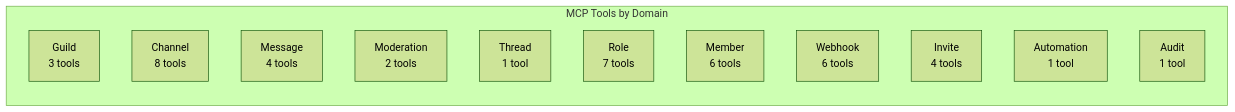
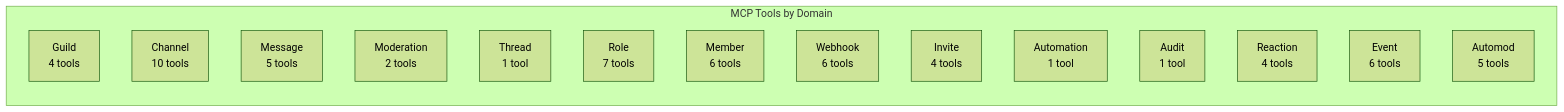
The third of 5 diagrams in README.md (Rastrian/DiscordMCP), drawn with Mermaid (forest theme) before and after one commit. The commit also changed other lines of this file and 22 other files, not shown here.

First line of the commit message:
feat(mcp): scheduled events, automod, pins, reactions and incident actions tools (#15)

````diff
--- a/README.md
+++ b/README.md
@@ -65,16 +65,19 @@
 ```mermaid
 graph LR
     subgraph "MCP Tools by Domain"
-        G["Guild<br/>3 tools"]
-        CH["Channel<br/>8 tools"]
-        MSG["Message<br/>4 tools"]
+        G["Guild<br/>4 tools"]
+        CH["Channel<br/>10 tools"]
+        MSG["Message<br/>5 tools"]
         MOD["Moderation<br/>2 tools"]
         THR["Thread<br/>1 tool"]
         ROLE["Role<br/>7 tools"]
         MEM["Member<br/>6 tools"]
         WH["Webhook<br/>6 tools"]
         INV["Invite<br/>4 tools"]
         AUTO["Automation<br/>1 tool"]
         AUD["Audit<br/>1 tool"]
+        REA["Reaction<br/>4 tools"]
+        EVT["Event<br/>6 tools"]
+        AMOD["Automod<br/>5 tools"]
     end
 ```
````
